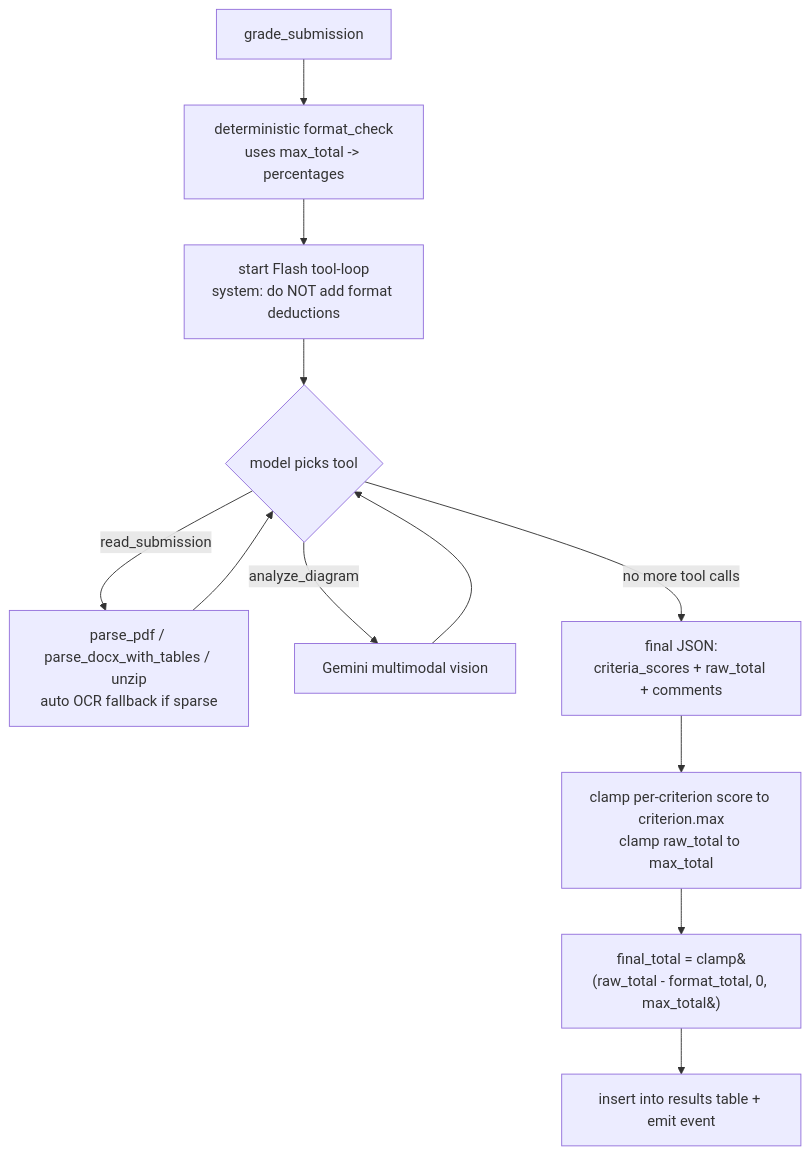
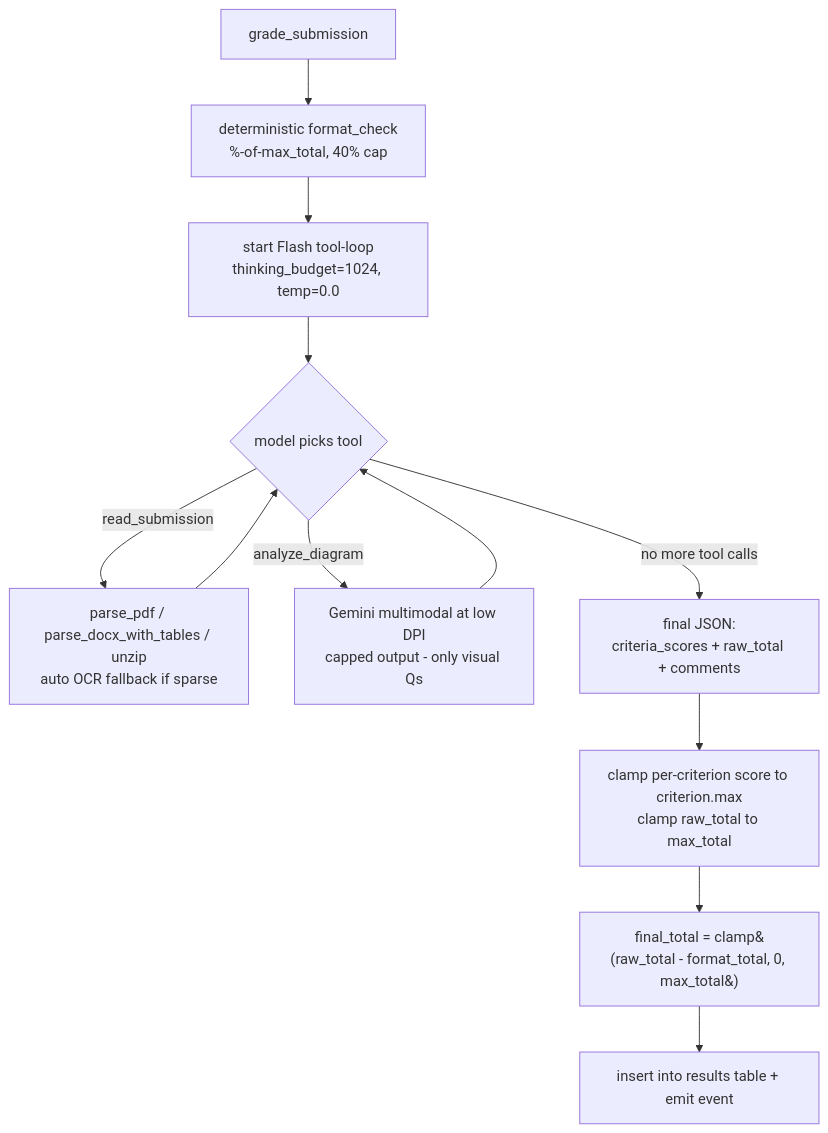
Before and after one commit to AhsanAli-exe/EvalAnime-MultiAgent-AI-Grading-System: the fifth of 6 diagrams in TECHNICAL-DESIGN.md, drawn with Mermaid. The commit also changed other lines of this file and 21 other files, not shown here.

````diff
--- a/TECHNICAL-DESIGN.md
+++ b/TECHNICAL-DESIGN.md
@@ -272,14 +340,14 @@
 ```mermaid
 flowchart TD
-    A[grade_submission] --> B[deterministic format_check<br/>uses max_total -> percentages]
-    B --> C[start Flash tool-loop<br/>system: do NOT add format deductions]
+    A[grade_submission] --> B[deterministic format_check<br/>%-of-max_total, 40% cap]
+    B --> C[start Flash tool-loop<br/>thinking_budget=1024, temp=0.0]
     C --> D{model picks tool}
     D -->|read_submission| E[parse_pdf / parse_docx_with_tables / unzip<br/>auto OCR fallback if sparse]
     E --> D
-    D -->|analyze_diagram| F[Gemini multimodal vision]
+    D -->|analyze_diagram| F[Gemini multimodal at low DPI<br/>capped output - only visual Qs]
     F --> D
     D -->|no more tool calls| G[final JSON:<br/>criteria_scores + raw_total + comments]
     G --> H[clamp per-criterion score to criterion.max<br/>clamp raw_total to max_total]
     H --> I[final_total = clamp&#40;raw_total - format_total, 0, max_total&#41;]
     I --> J[insert into results table + emit event]
 ```
````
